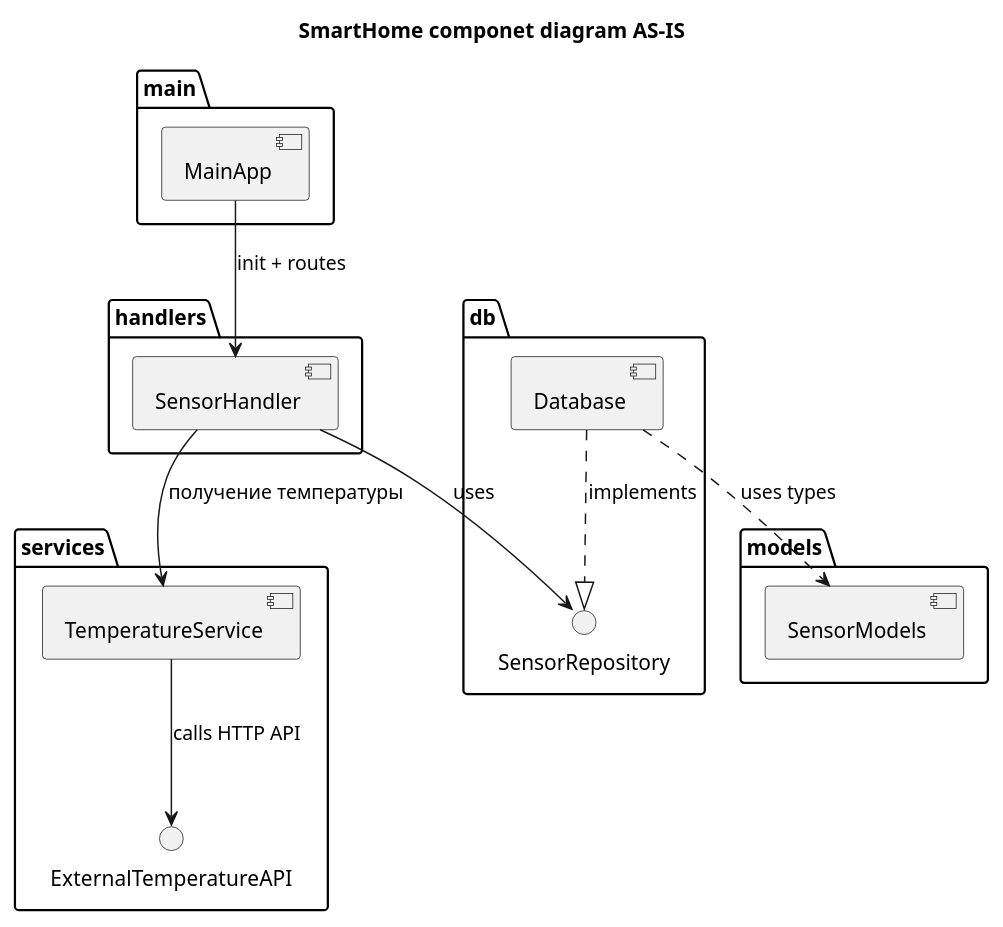
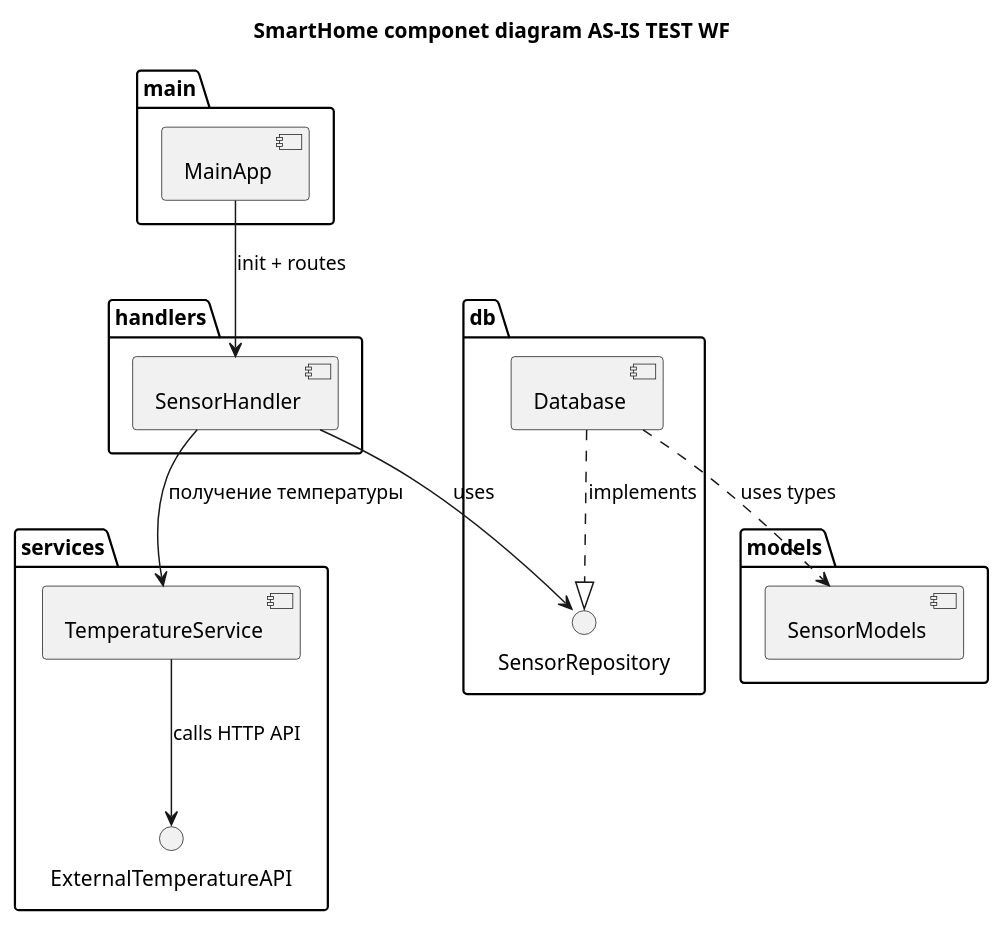
Before and after one commit to NV-Victor/architecture-warmhouse: the diagram in apps/smart_home/diagrams/smart_home_component_asis.puml, drawn with PlantUML.

```diff
--- a/apps/smart_home/diagrams/smart_home_component_asis.puml
+++ b/apps/smart_home/diagrams/smart_home_component_asis.puml
@@ -1,39 +1,39 @@
 @startuml
 
-title SmartHome componet diagram AS-IS
+title SmartHome componet diagram AS-IS TEST WF
 top to bottom direction
 
 package "main" {
   [MainApp] as Main
 }
 
 package "handlers" {
   [SensorHandler]
 }
 
 package "services" {
   [TemperatureService]
   interface ExternalTemperatureAPI
 }
 
 package "db" {
   [Database]
   interface SensorRepository
 }
 
 package "models" {
   [SensorModels]
 }
 
 ' Связи между компонентами
 Main --> SensorHandler : init + routes
 
 SensorHandler --> TemperatureService : получение температуры
 SensorHandler --> SensorRepository : uses
 Database ..|> SensorRepository : implements
 
 TemperatureService --> ExternalTemperatureAPI : calls HTTP API
 
 Database ..> SensorModels : uses types
 
 @enduml
```
